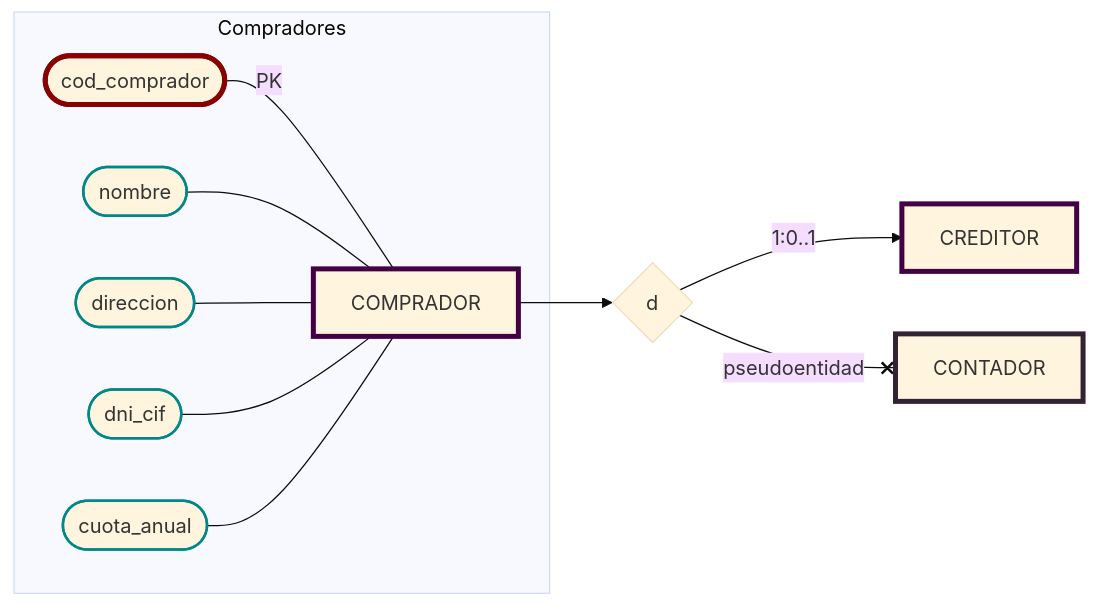
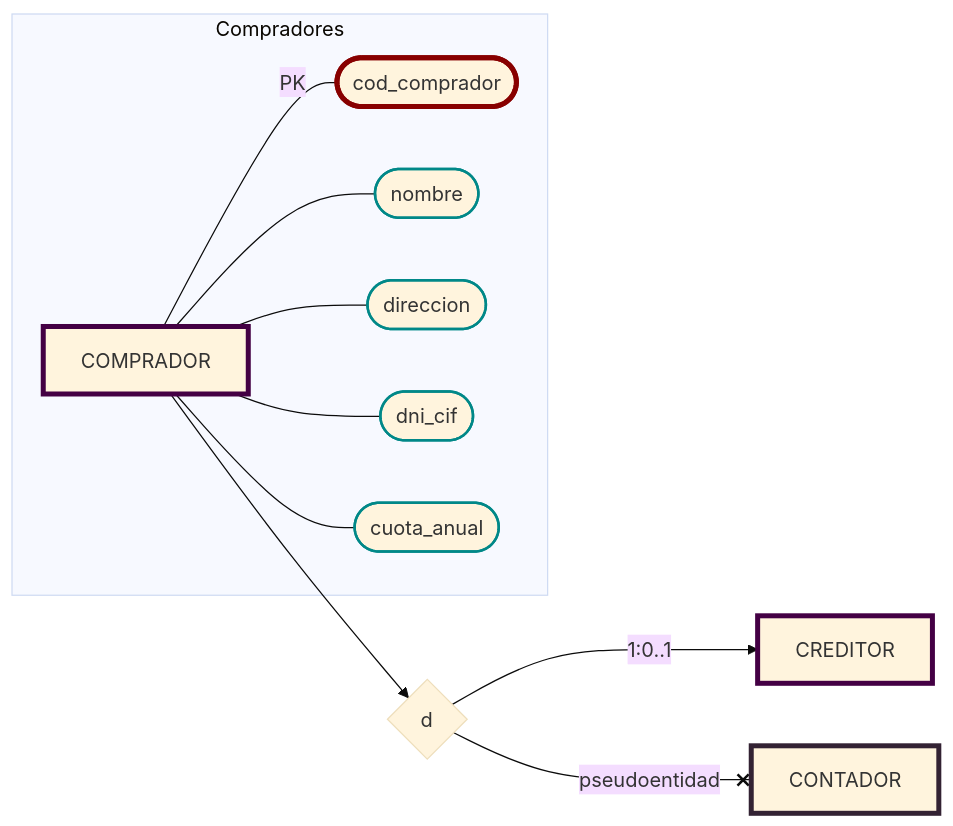
One commit to JulTob/Data changed the sixth of 13 diagrams in DataBases/lonja_DB.md. Above: the diagram before and after it, drawn with Mermaid (base theme). The commit also changed other lines of this file, not shown here.

````diff
--- a/DataBases/lonja_DB.md
+++ b/DataBases/lonja_DB.md
@@ -290,24 +301,24 @@
 ```mermaid
 flowchart LR
   classDef atributo stroke:#088,stroke-width:2px;
   classDef derivado stroke-width:3px, stroke-dasharray:3 3;
   classDef pk stroke:#800,stroke-width:4px;
   classDef fk stroke:#080,stroke-width:4px;
   classDef pkfk stroke:#880,stroke-width:4px;
   classDef entidad stroke:#404,stroke-width:4px;
   classDef pseudoentidad stroke:#323,stroke-width:4px;
 
   %% Atributos COMPRADOR
   subgraph Compradores
     Comprador[COMPRADOR]:::entidad
-    cod_comprador([cod_comprador]):::pk ---|PK| Comprador
-    nombre([nombre]):::atributo --- Comprador
-    direccion([direccion]):::atributo --- Comprador
-    dni_cif([dni_cif]):::atributo --- Comprador
-    cuota_anual([cuota_anual]):::atributo --- Comprador
+    Comprador ---|PK| cod_comprador([cod_comprador]):::pk
+    Comprador --- nombre([nombre]):::atributo 
+    Comprador --- direccion([direccion]):::atributo 
+    Comprador --- dni_cif([dni_cif]):::atributo 
+    Comprador --- cuota_anual([cuota_anual]):::atributo 
     end
 
-  Comprador --> es{d} -->|1:0..1| CompradorCredito[CREDITOR]:::entidad
+  Comprador --> es{d} -->|1:0..1| Creditor[CREDITOR]:::entidad
 				es{d} --x|pseudoentidad| contador[CONTADOR]:::pseudoentidad
 
 ```
````
